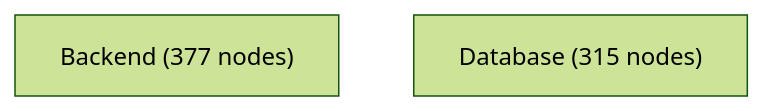
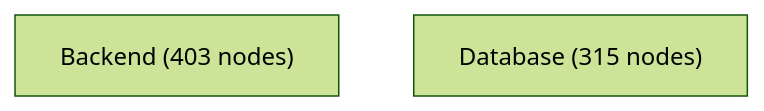
Before and after one commit to jankneumann/agentic-coding-tools: the diagram in docs/architecture-analysis/views/containers.mmd, drawn with Mermaid (forest theme). The commit also changed 12 other files, not shown here.

Commit message:
chore: refresh architecture artifacts after coordinator-profiles archive

```diff
--- a/docs/architecture-analysis/views/containers.mmd
+++ b/docs/architecture-analysis/views/containers.mmd
@@ -1,3 +1,3 @@
 flowchart TB
-    Backend["Backend (377 nodes)"]
+    Backend["Backend (403 nodes)"]
     Database["Database (315 nodes)"]
```
